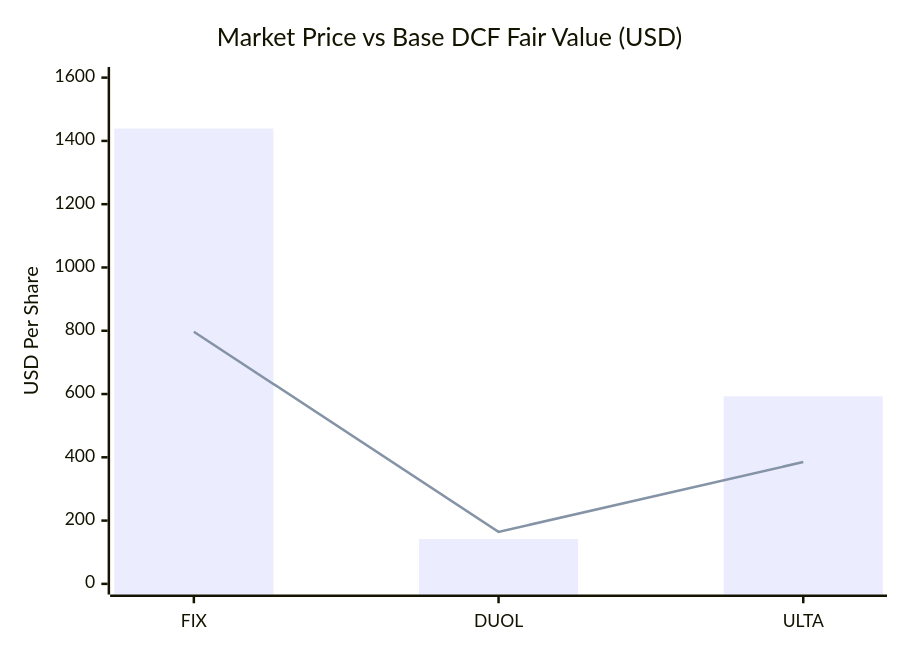
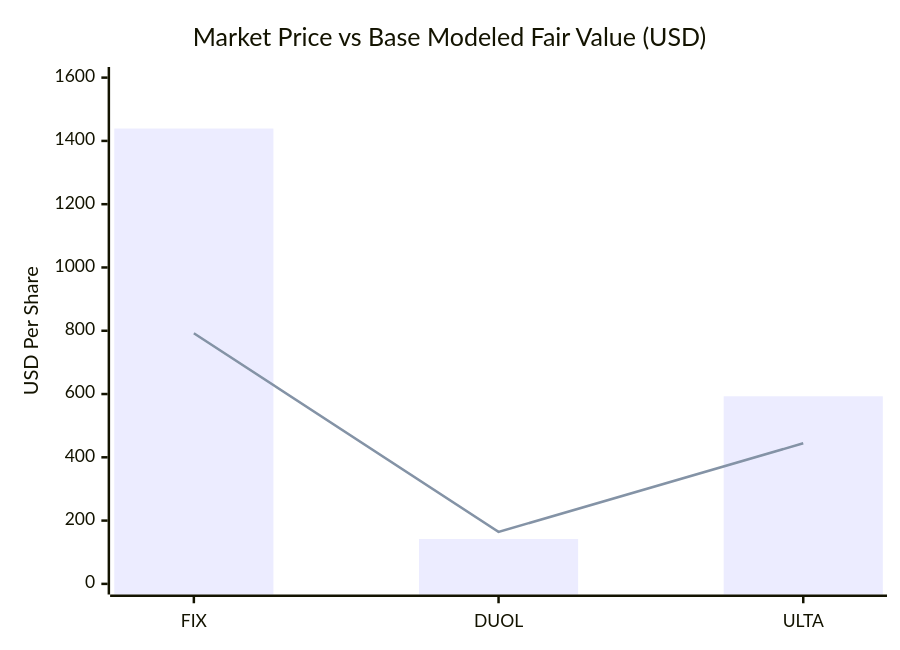
The second of 2 diagrams in THREE_COMPANY_UNDERVALUED_GROWTH_ASSESSMENTS.md (daakara/finance), drawn with Mermaid before and after one commit. The commit also changed other lines of this file and 5 other files, not shown here.

````diff
--- a/THREE_COMPANY_UNDERVALUED_GROWTH_ASSESSMENTS.md
+++ b/THREE_COMPANY_UNDERVALUED_GROWTH_ASSESSMENTS.md
@@ -274,8 +263,8 @@
 ```mermaid
 xychart-beta
-    title "Market Price vs Base DCF Fair Value (USD)"
+    title "Market Price vs Base Modeled Fair Value (USD)"
     x-axis ["FIX", "DUOL", "ULTA"]
     y-axis "USD Per Share" 0 --> 1600
     bar [1439.07, 141.76, 592.94]
-    line [797.06, 164.27, 385.19]
+    line [792.12, 164.27, 444.23]
 ```
````
